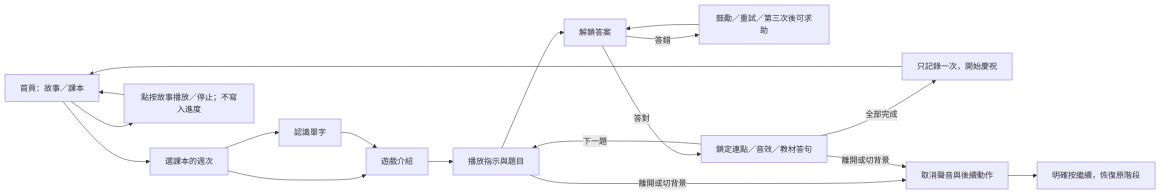
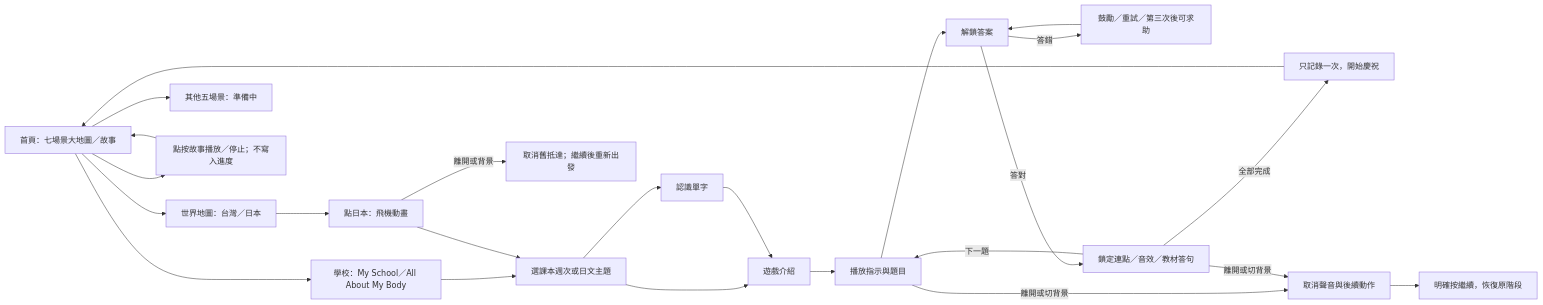
The second of 2 diagrams in CODE_MAP.md (kfed0526/englsih-course), drawn with Mermaid before and after one commit. The commit also changed other lines of this file and 47 other files, not shown here.

````diff
--- a/CODE_MAP.md
+++ b/CODE_MAP.md
@@ -33,20 +39,26 @@
 ```mermaid
 flowchart LR
-  HOME["首頁：故事／課本"] --> UNITS["選課本的週次"]
+  HOME["首頁：七場景大地圖／故事"] --> SCHOOLENTRY["學校：My School／All About My Body"]
+  SCHOOLENTRY --> UNITS["選課本週次或日文主題"]
+  HOME --> WORLD["世界地圖：台灣／日本"]
+  WORLD --> FLIGHT["點日本：飛機動畫"]
+  FLIGHT --> UNITS
+  FLIGHT -->|離開或背景| CANCELFLIGHT["取消舊抵達；繼續後重新出發"]
+  HOME --> OTHER["其他五場景：準備中"]
   HOME --> STORYPLAY["點按故事播放／停止；不寫入進度"]
   STORYPLAY --> HOME
   UNITS --> CARDS["認識單字"]
   UNITS --> INTRO["遊戲介紹"]
   CARDS --> INTRO
   INTRO --> PROMPT["播放指示與題目"]
   PROMPT --> ANSWER["解鎖答案"]
   ANSWER -->|答錯| RETRY["鼓勵／重試／第三次後可求助"]
   RETRY --> ANSWER
   ANSWER -->|答對| FEEDBACK["鎖定連點／音效／教材答句"]
   FEEDBACK -->|下一題| PROMPT
   FEEDBACK -->|全部完成| SAVE["只記錄一次，開始慶祝"]
   SAVE --> HOME
   PROMPT -->|離開或切背景| CANCEL["取消聲音與後續動作"]
   FEEDBACK -->|離開或切背景| CANCEL
   CANCEL --> RESUME["明確按繼續，恢復原階段"]
 ```
````
